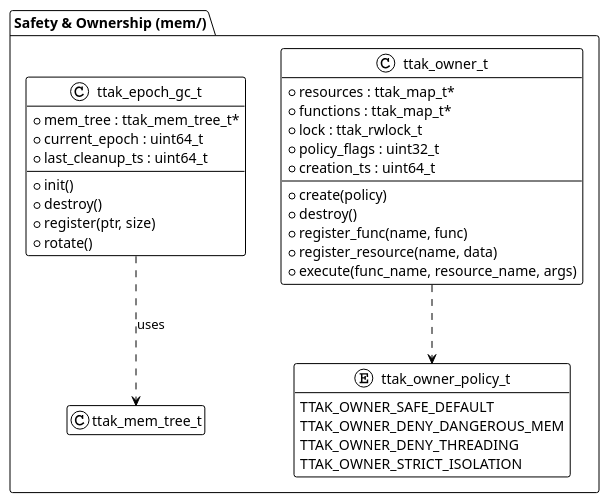
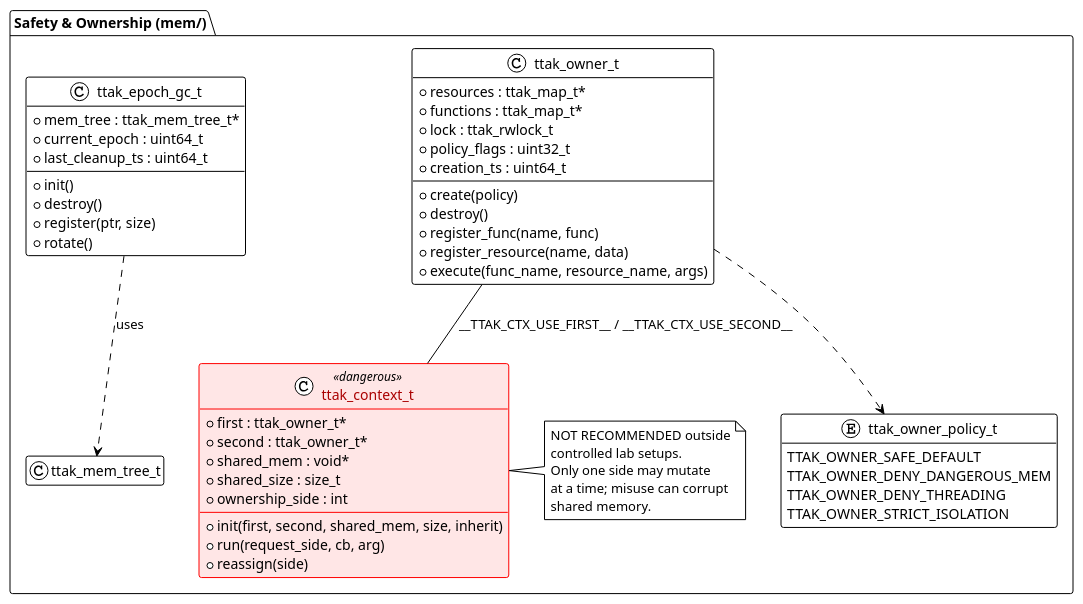
Before and after one commit to Religiya-Serdtsa/libttak: the diagram in blueprints/07_safety_and_ownership.puml, drawn with PlantUML. The commit also changed 790 other files, not shown here.

```diff
--- a/blueprints/07_safety_and_ownership.puml
+++ b/blueprints/07_safety_and_ownership.puml
@@ -1,41 +1,69 @@
 @startuml
 !theme plain
 hide empty members
+
+skinparam class<<dangerous>> {
+    BackgroundColor #ffe6e6
+    BorderColor red
+    FontColor #a00
+}
 
 package "Safety & Ownership (mem/)" {
     class ttak_owner_t {
         + resources : ttak_map_t*
         + functions : ttak_map_t*
         + lock : ttak_rwlock_t
         + policy_flags : uint32_t
         + creation_ts : uint64_t
         __
         + create(policy)
         + destroy()
         + register_func(name, func)
         + register_resource(name, data)
         + execute(func_name, resource_name, args)
     }
 
     enum ttak_owner_policy_t {
         TTAK_OWNER_SAFE_DEFAULT
         TTAK_OWNER_DENY_DANGEROUS_MEM
         TTAK_OWNER_DENY_THREADING
         TTAK_OWNER_STRICT_ISOLATION
     }
 
     class ttak_epoch_gc_t {
         + mem_tree : ttak_mem_tree_t*
         + current_epoch : uint64_t
         + last_cleanup_ts : uint64_t
         __
         + init()
         + destroy()
         + register(ptr, size)
         + rotate()
     }
 
     ttak_owner_t ..> ttak_owner_policy_t
     ttak_epoch_gc_t ..> ttak_mem_tree_t : uses
+
+    class ttak_context_t <<dangerous>> {
+        + first : ttak_owner_t*
+        + second : ttak_owner_t*
+        + shared_mem : void*
+        + shared_size : size_t
+        + ownership_side : int
+        __
+        + init(first, second, shared_mem, size, inherit)
+        + run(request_side, cb, arg)
+        + reassign(side)
+    }
+
+    ttak_owner_t -- ttak_context_t : "__TTAK_CTX_USE_FIRST__ / __TTAK_CTX_USE_SECOND__"
+
+    note right of ttak_context_t
+        NOT RECOMMENDED outside
+        controlled lab setups.
+        Only one side may mutate
+        at a time; misuse can corrupt
+        shared memory.
+    end note
 }
 @enduml
```
